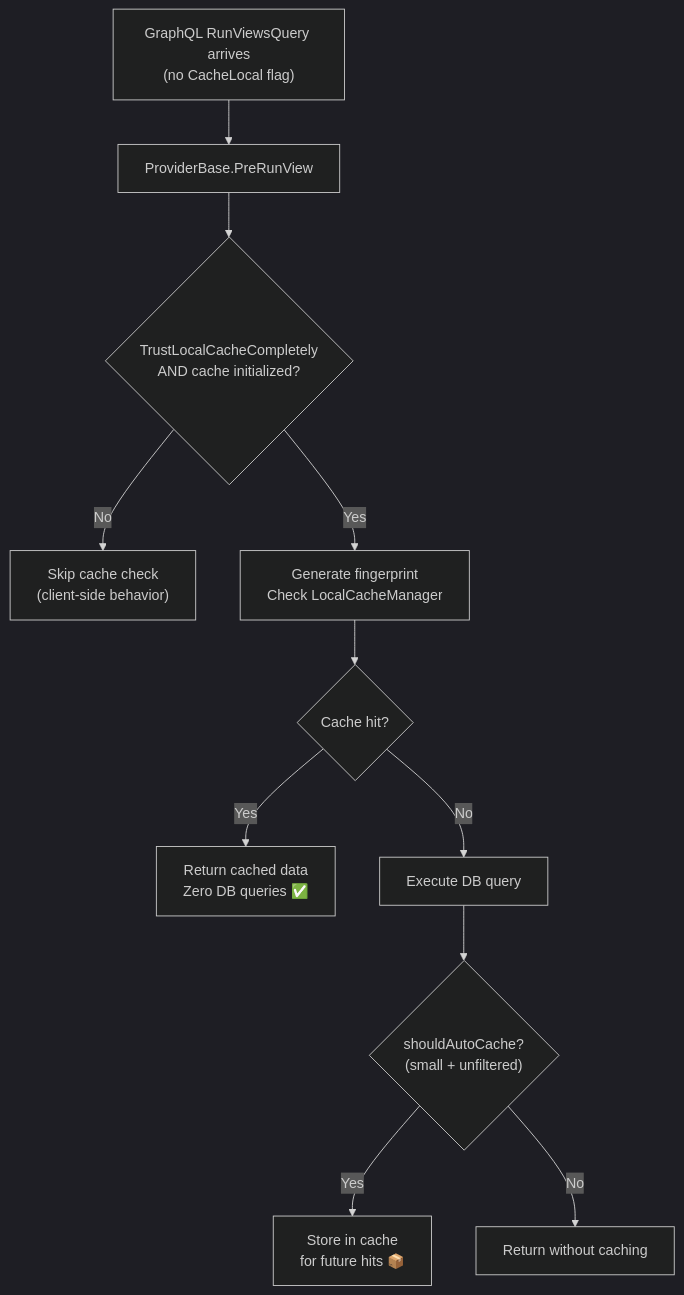
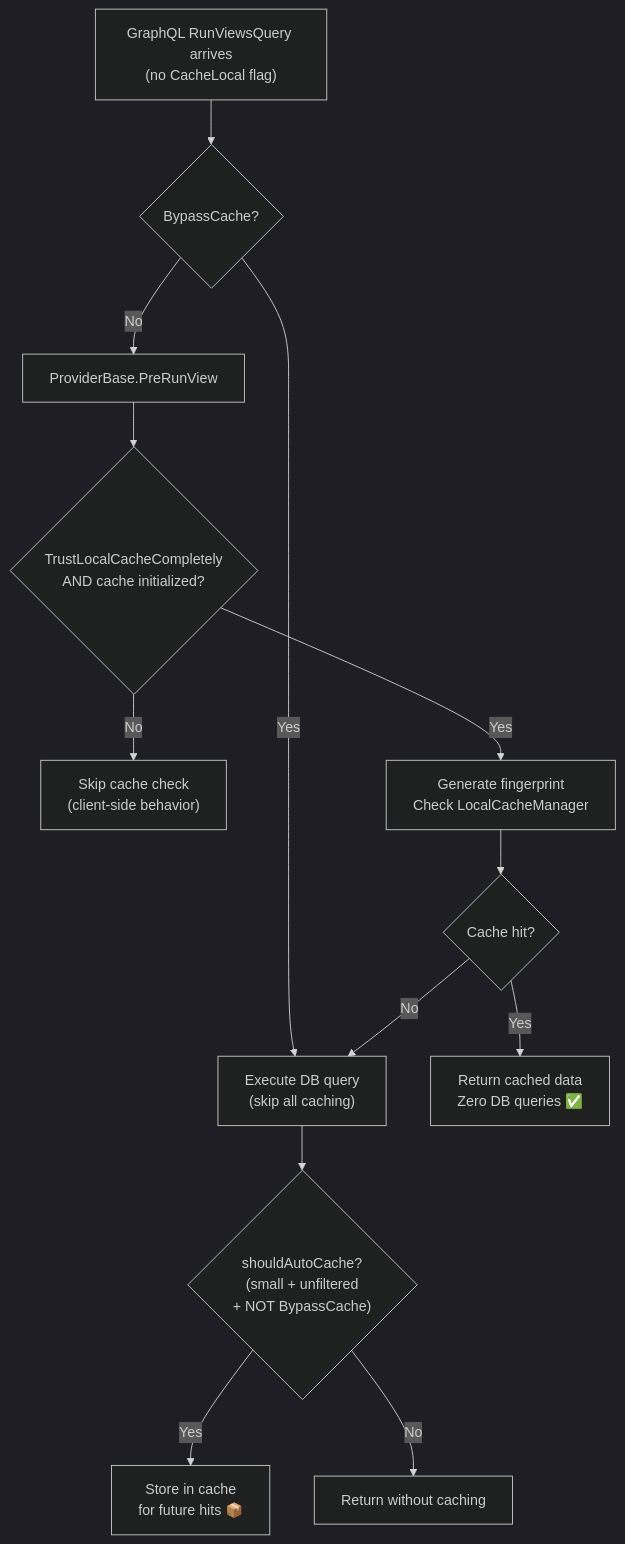
One commit to MemberJunction/MJ changed diagram 14 of 19 in guides/CACHING_AND_PUBSUB_GUIDE.md. Above: the diagram before and after it, drawn with Mermaid (dark theme). The commit also changed other lines of this file and 5 other files, not shown here.

First line of the commit message:
Add BypassCache param to RunViewParams for cache-skipping queries

````diff
--- a/guides/CACHING_AND_PUBSUB_GUIDE.md
+++ b/guides/CACHING_AND_PUBSUB_GUIDE.md
@@ -1031,13 +1031,15 @@
 ```mermaid
 flowchart TD
-    A["GraphQL RunViewsQuery arrives<br/>(no CacheLocal flag)"] --> B["ProviderBase.PreRunView"]
+    A["GraphQL RunViewsQuery arrives<br/>(no CacheLocal flag)"] --> BA{"BypassCache?"}
+    BA -->|Yes| H["Execute DB query<br/>(skip all caching)"]
+    BA -->|No| B["ProviderBase.PreRunView"]
     B --> C{"TrustLocalCacheCompletely<br/>AND cache initialized?"}
     C -->|No| D["Skip cache check<br/>(client-side behavior)"]
     C -->|Yes| E["Generate fingerprint<br/>Check LocalCacheManager"]
     E --> F{Cache hit?}
     F -->|Yes| G["Return cached data<br/>Zero DB queries ✅"]
-    F -->|No| H["Execute DB query"]
-    H --> I{"shouldAutoCache?<br/>(small + unfiltered)"}
+    F -->|No| H
+    H --> I{"shouldAutoCache?<br/>(small + unfiltered<br/>+ NOT BypassCache)"}
     I -->|Yes| J["Store in cache<br/>for future hits 📦"]
     I -->|No| K["Return without caching"]
 ```
````
